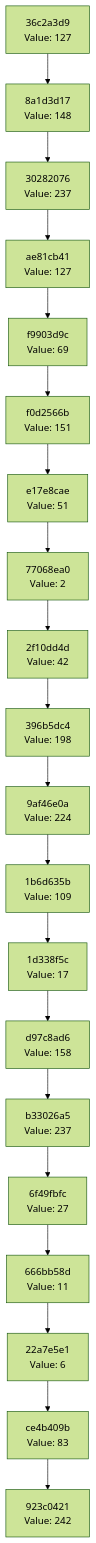
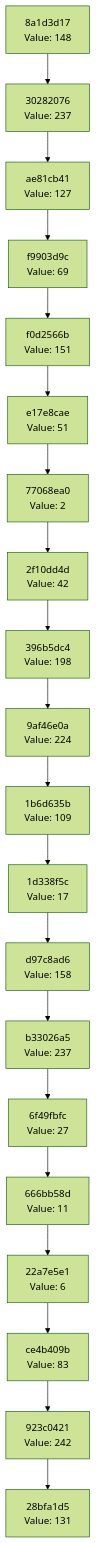
The diagram in docs/CHAIN_VISUALIZATION.md (Abhisheksinha1506/hash-chain-evolver), drawn with Mermaid (forest theme) before and after one commit. The commit also changed 2 other files, not shown here.

Commit message:
Evolution Step

````diff
--- a/docs/CHAIN_VISUALIZATION.md
+++ b/docs/CHAIN_VISUALIZATION.md
@@ -3,42 +3,42 @@
 ```mermaid
 graph TD
-    C0["923c0421<br/>Value: 242"]
-    C1["ce4b409b<br/>Value: 83"]
+    C0["28bfa1d5<br/>Value: 131"]
+    C1["923c0421<br/>Value: 242"]
     C1 --> C0
-    C2["22a7e5e1<br/>Value: 6"]
+    C2["ce4b409b<br/>Value: 83"]
     C2 --> C1
-    C3["666bb58d<br/>Value: 11"]
+    C3["22a7e5e1<br/>Value: 6"]
     C3 --> C2
-    C4["6f49fbfc<br/>Value: 27"]
+    C4["666bb58d<br/>Value: 11"]
     C4 --> C3
-    C5["b33026a5<br/>Value: 237"]
+    C5["6f49fbfc<br/>Value: 27"]
     C5 --> C4
-    C6["d97c8ad6<br/>Value: 158"]
+    C6["b33026a5<br/>Value: 237"]
     C6 --> C5
-    C7["1d338f5c<br/>Value: 17"]
+    C7["d97c8ad6<br/>Value: 158"]
     C7 --> C6
-    C8["1b6d635b<br/>Value: 109"]
+    C8["1d338f5c<br/>Value: 17"]
     C8 --> C7
-    C9["9af46e0a<br/>Value: 224"]
+    C9["1b6d635b<br/>Value: 109"]
     C9 --> C8
-    C10["396b5dc4<br/>Value: 198"]
+    C10["9af46e0a<br/>Value: 224"]
     C10 --> C9
-    C11["2f10dd4d<br/>Value: 42"]
+    C11["396b5dc4<br/>Value: 198"]
     C11 --> C10
-    C12["77068ea0<br/>Value: 2"]
+    C12["2f10dd4d<br/>Value: 42"]
     C12 --> C11
-    C13["e17e8cae<br/>Value: 51"]
+    C13["77068ea0<br/>Value: 2"]
     C13 --> C12
-    C14["f0d2566b<br/>Value: 151"]
+    C14["e17e8cae<br/>Value: 51"]
     C14 --> C13
-    C15["f9903d9c<br/>Value: 69"]
+    C15["f0d2566b<br/>Value: 151"]
     C15 --> C14
-    C16["ae81cb41<br/>Value: 127"]
+    C16["f9903d9c<br/>Value: 69"]
     C16 --> C15
-    C17["30282076<br/>Value: 237"]
+    C17["ae81cb41<br/>Value: 127"]
     C17 --> C16
-    C18["8a1d3d17<br/>Value: 148"]
+    C18["30282076<br/>Value: 237"]
     C18 --> C17
-    C19["36c2a3d9<br/>Value: 127"]
+    C19["8a1d3d17<br/>Value: 148"]
     C19 --> C18
 ```
````
